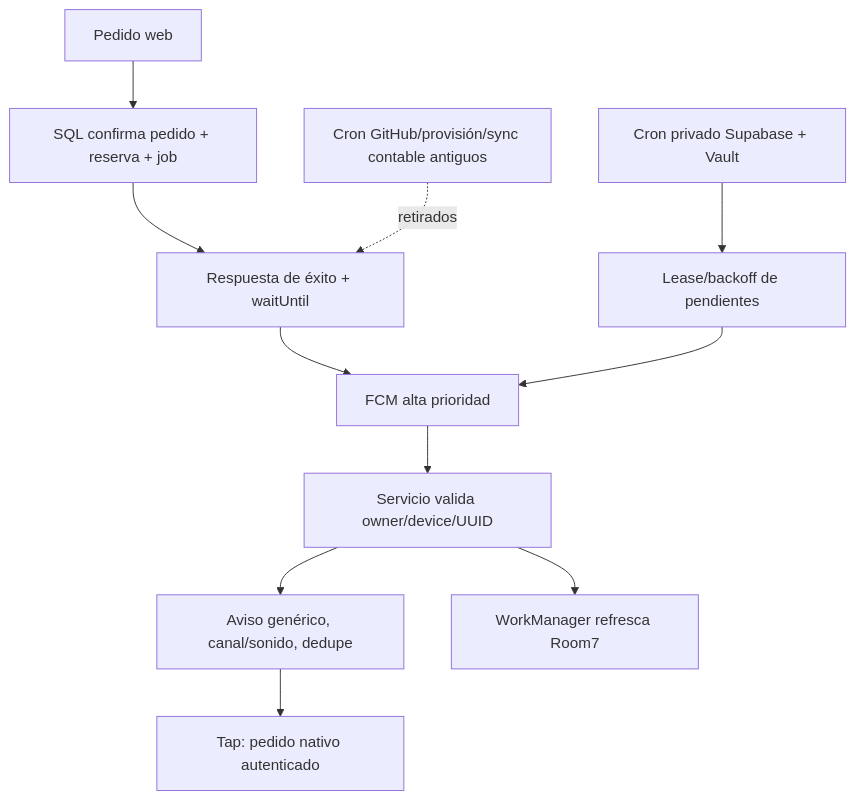
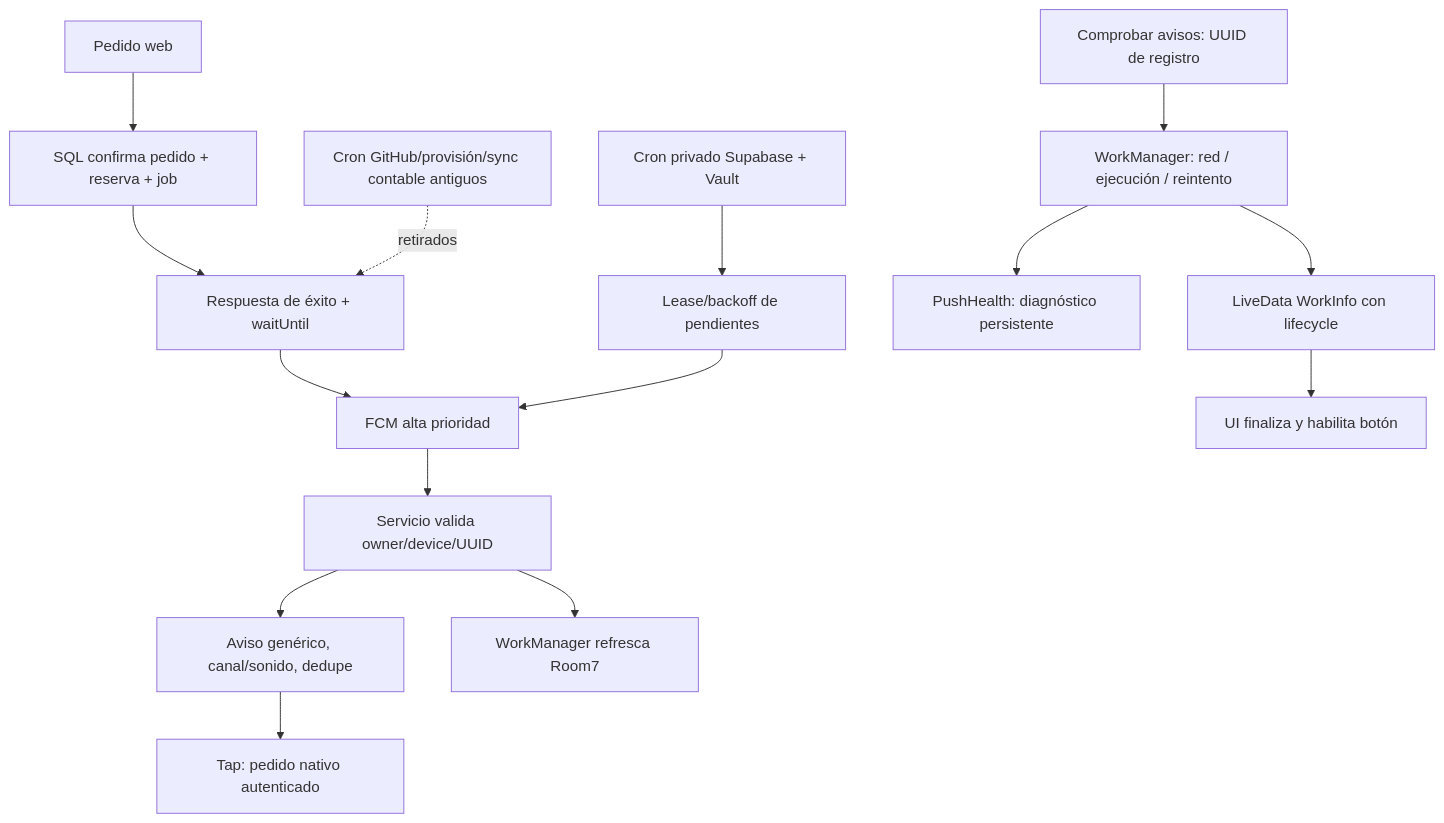
One commit to NotKingbryanPY/donas-racha changed the diagram in docs/knowledge/diagrams/04-notifications.mmd. Above: the diagram before and after it, drawn with Mermaid. The commit also changed 26 other files, not shown here.

Commit message:
fix(android): finish notification checks from WorkManager state

```diff
--- a/docs/knowledge/diagrams/04-notifications.mmd
+++ b/docs/knowledge/diagrams/04-notifications.mmd
@@ -1,8 +1,11 @@
 flowchart TD
   web["Pedido web"] --> tx["SQL confirma pedido + reserva + job"]
   tx --> api["Respuesta de éxito + waitUntil"] --> send["FCM alta prioridad"]
   cron["Cron privado Supabase + Vault"] --> lease["Lease/backoff de pendientes"] --> send
   send --> service["Servicio valida owner/device/UUID"]
   service --> alert["Aviso genérico, canal/sonido, dedupe"] --> tap["Tap: pedido nativo autenticado"]
   service --> work["WorkManager refresca Room7"]
+  check["Comprobar avisos: UUID de registro"] --> registration["WorkManager: red / ejecución / reintento"]
+  registration --> health["PushHealth: diagnóstico persistente"]
+  registration --> state["LiveData WorkInfo con lifecycle"] --> result["UI finaliza y habilita botón"]
   old["Cron GitHub/provisión/sync contable antiguos"] -. retirados .-> api
```
